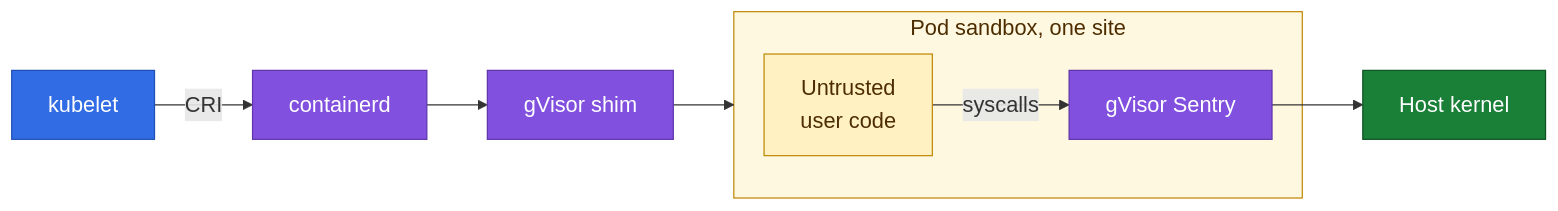
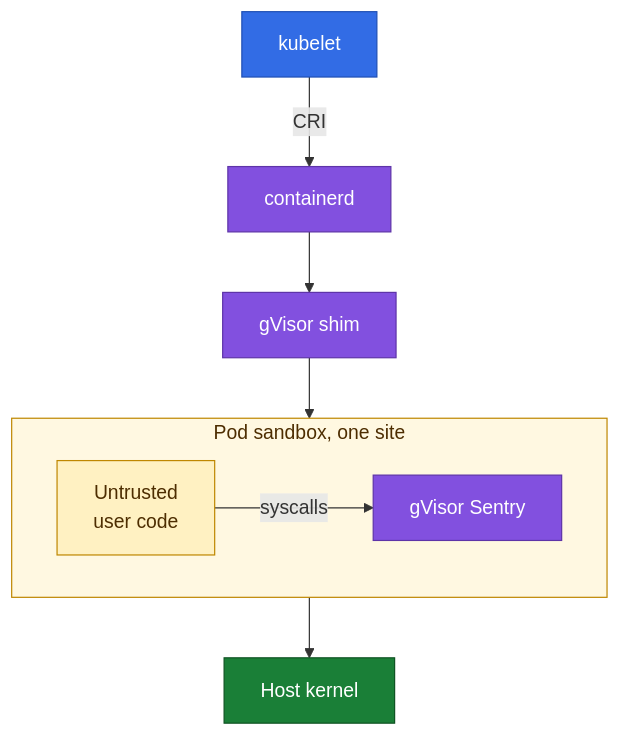
Before and after one commit to NahumLitvin/NahumLitvin: the diagram in README.md, drawn with Mermaid.

Commit message:
Stack the sandbox diagram vertically so it fits the profile card

````diff
--- a/README.md
+++ b/README.md
@@ -7,18 +7,18 @@
 ```mermaid
-%%{init: {"themeVariables": {"fontSize": "18px"}}}%%
-flowchart LR
+flowchart TD
   kubelet -->|CRI| ctr["containerd"]
   ctr --> shim["gVisor shim"]
   shim --> sandbox
   subgraph sandbox["Pod sandbox, one site"]
+    direction LR
     code["Untrusted<br/>user code"] -->|syscalls| sentry["gVisor Sentry"]
   end
   sentry --> kernel["Host kernel"]
   style sandbox fill:#fff8e1,stroke:#bf8700,color:#4d2d00
   style code fill:#fff1c2,stroke:#bf8700,color:#4d2d00
   style kubelet fill:#326ce5,stroke:#1f4fb4,color:#ffffff
   style ctr fill:#8250df,stroke:#5e34a8,color:#ffffff
   style shim fill:#8250df,stroke:#5e34a8,color:#ffffff
   style sentry fill:#8250df,stroke:#5e34a8,color:#ffffff
   style kernel fill:#1a7f37,stroke:#0f5323,color:#ffffff
 ```
````
